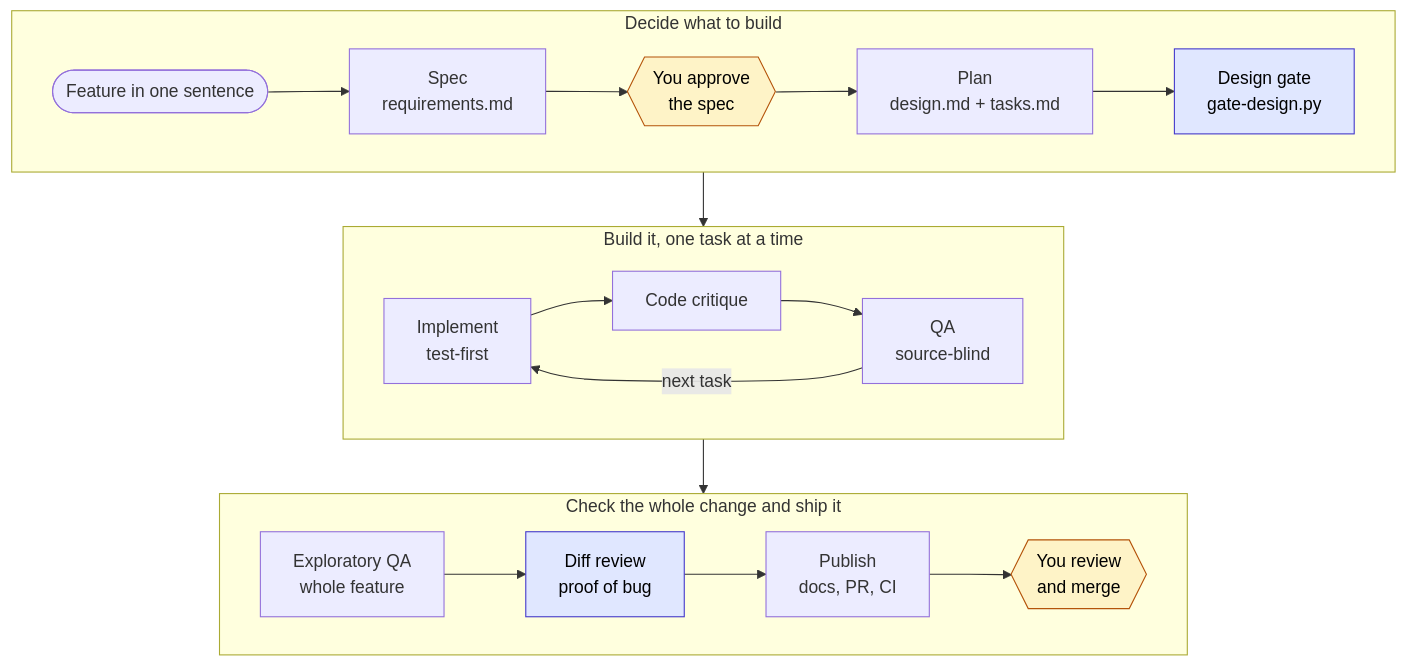
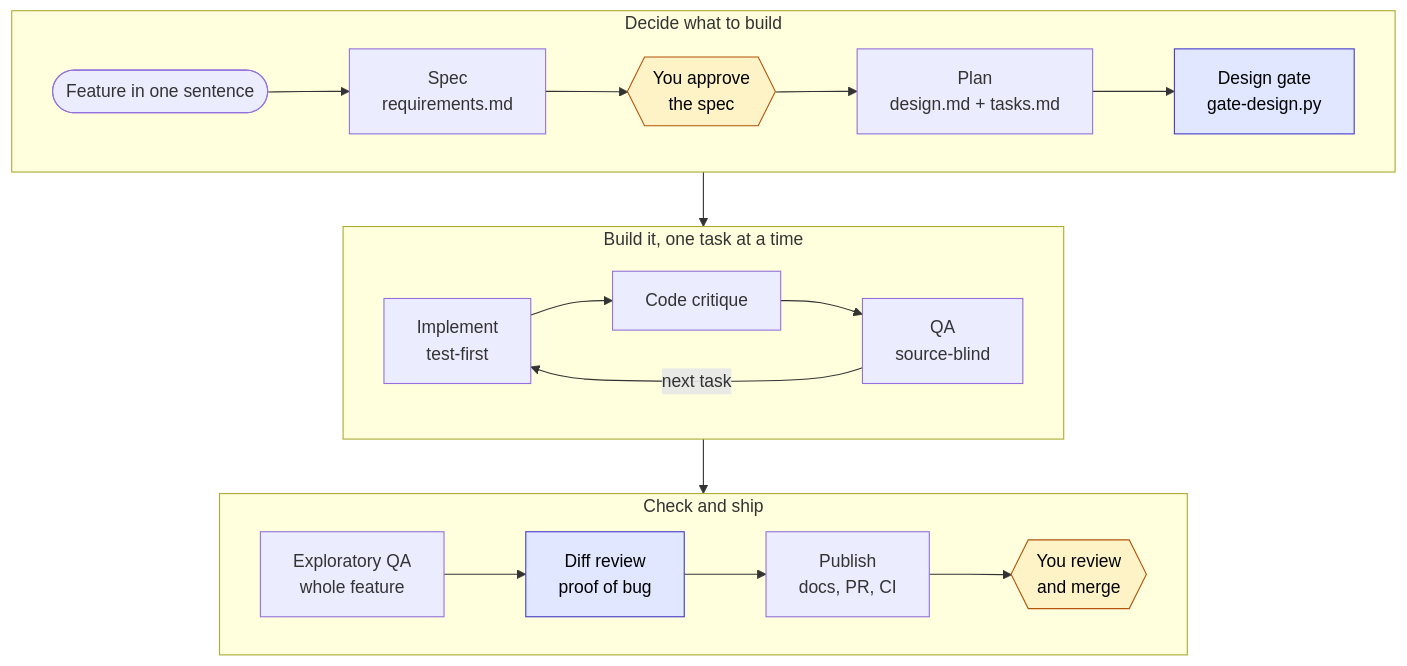
Before and after one commit to ZenithML/agent-framework: the first of 13 diagrams in docs/how-it-works.md, drawn with Mermaid.

Commit message:
docs: shorten a subgraph title so it fits on one line
Claude-Session: https://claude.ai/code/session_01GbY2BHN7PrLfSE1QF4rWyG

````diff
--- a/docs/how-it-works.md
+++ b/docs/how-it-works.md
@@ -39,22 +39,22 @@
 ```mermaid
 flowchart TB
     subgraph decide ["Decide what to build"]
         direction LR
         idea(["Feature in one sentence"]) --> spec["Spec<br/>requirements.md"] --> gate1{{"You approve<br/>the spec"}} --> plan["Plan<br/>design.md + tasks.md"] --> dgate["Design gate<br/>gate-design.py"]
     end
     subgraph build ["Build it, one task at a time"]
         direction LR
         impl["Implement<br/>test-first"] --> crit["Code critique"] --> qa["QA<br/>source-blind"]
         qa -->|next task| impl
     end
-    subgraph ship ["Check the whole change and ship it"]
+    subgraph ship ["Check and ship"]
         direction LR
         explore["Exploratory QA<br/>whole feature"] --> review["Diff review<br/>proof of bug"] --> publish["Publish<br/>docs, PR, CI"] --> gate2{{"You review<br/>and merge"}}
     end
     decide --> build --> ship
 
     classDef human fill:#fef3c7,stroke:#b45309,color:#000
     classDef gate fill:#e0e7ff,stroke:#4338ca,color:#000
     class gate1,gate2 human
     class dgate,review gate
 ```
````
